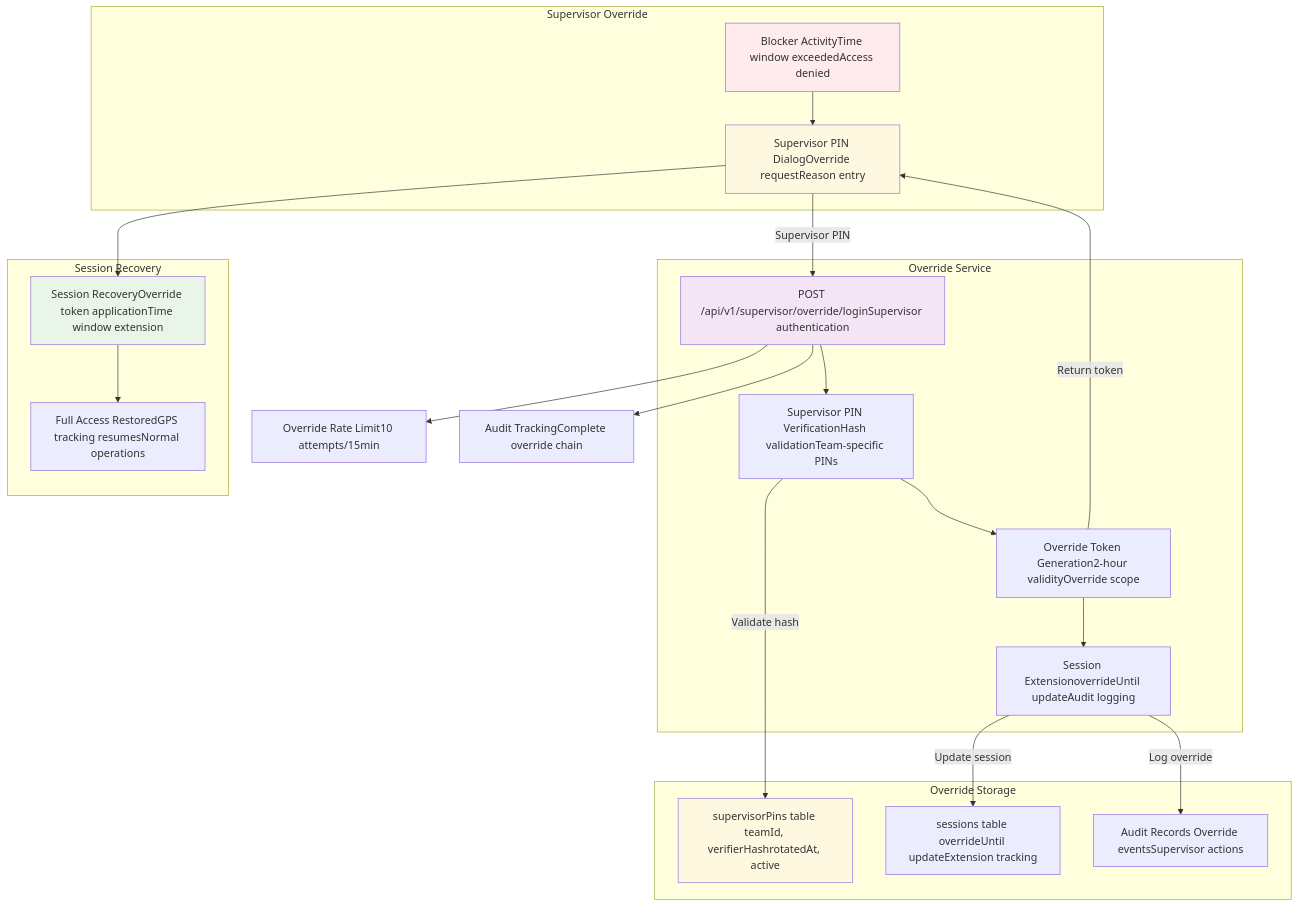
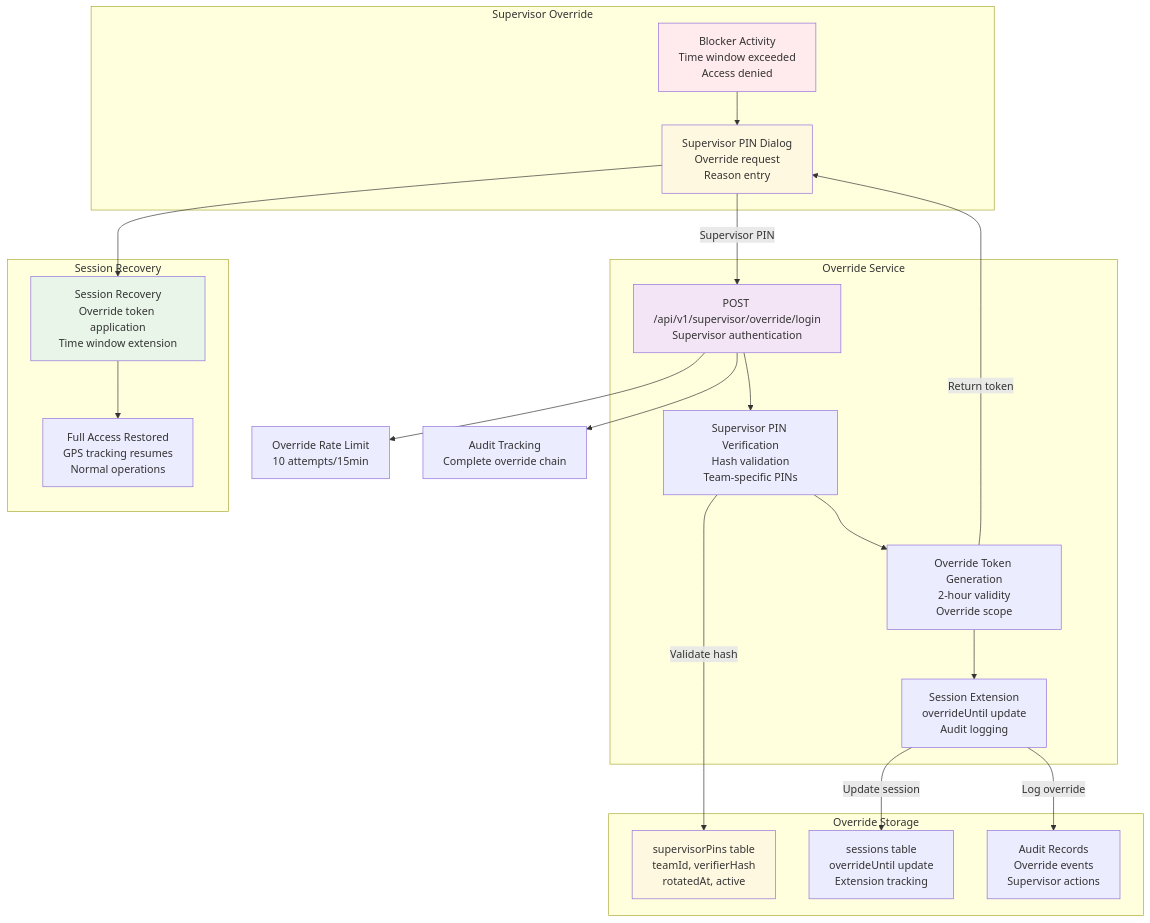
Before and after one commit to drguptavivek/launcher: the sixth of 7 diagrams in README.md, drawn with Mermaid. The commit also changed other lines of this file, not shown here.

````diff
--- a/README.md
+++ b/README.md
@@ -378,50 +442,50 @@
 ```mermaid
 flowchart TD
-    subgraph "Override Request" [Supervisor Override]
-        BlockScreen[Blocker ActivityTime window exceededAccess denied]
-        OverrideDialog[Supervisor PIN DialogOverride requestReason entry]
+    subgraph "Override Request" ["Supervisor Override"]
+        BlockScreen["Blocker Activity<br/>Time window exceeded<br/>Access denied"]
+        OverrideDialog["Supervisor PIN Dialog<br/>Override request<br/>Reason entry"]
     end
 
-    subgraph "Backend API" [Override Service]
-        OverrideAPI[POST /api/v1/supervisor/override/loginSupervisor authentication]
-        PINVerify[Supervisor PIN VerificationHash validationTeam-specific PINs]
-        OverrideToken[Override Token Generation2-hour validityOverride scope]
-        SessionExtend[Session ExtensionoverrideUntil updateAudit logging]
+    subgraph "Backend API" ["Override Service"]
+        OverrideAPI["POST /api/v1/supervisor/override/login<br/>Supervisor authentication"]
+        PINVerify["Supervisor PIN Verification<br/>Hash validation<br/>Team-specific PINs"]
+        OverrideToken["Override Token Generation<br/>2-hour validity<br/>Override scope"]
+        SessionExtend["Session Extension<br/>overrideUntil update<br/>Audit logging"]
     end
 
-    subgraph "Database" [Override Storage]
-        SupPIN[supervisorPins table teamId, verifierHashrotatedAt, active]
-        SessionTable[sessions table overrideUntil updateExtension tracking]
-        AuditLog[Audit Records Override eventsSupervisor actions]
+    subgraph "Database" ["Override Storage"]
+        SupPIN["supervisorPins table<br/>teamId, verifierHash<br/>rotatedAt, active"]
+        SessionTable["sessions table<br/>overrideUntil update<br/>Extension tracking"]
+        AuditLog["Audit Records<br/>Override events<br/>Supervisor actions"]
     end
 
-    subgraph "Device Recovery" [Session Recovery]
-        SessionRecovery[Session RecoveryOverride token applicationTime window extension]
-        FullAccess[Full Access RestoredGPS tracking resumesNormal operations]
+    subgraph "Device Recovery" ["Session Recovery"]
+        SessionRecovery["Session Recovery<br/>Override token application<br/>Time window extension"]
+        FullAccess["Full Access Restored<br/>GPS tracking resumes<br/>Normal operations"]
     end
 
     %% Override Flow
     BlockScreen --> OverrideDialog
-    OverrideDialog --> |Supervisor PIN| OverrideAPI
+    OverrideDialog --> |"Supervisor PIN"| OverrideAPI
     OverrideAPI --> PINVerify
-    PINVerify --> |Validate hash| SupPIN
+    PINVerify --> |"Validate hash"| SupPIN
     PINVerify --> OverrideToken
     OverrideToken --> SessionExtend
-    SessionExtend --> |Update session| SessionTable
-    SessionExtend --> |Log override| AuditLog
+    SessionExtend --> |"Update session"| SessionTable
+    SessionExtend --> |"Log override"| AuditLog
 
     %% Recovery Flow
-    OverrideToken --> |Return token| OverrideDialog
+    OverrideToken --> |"Return token"| OverrideDialog
     OverrideDialog --> SessionRecovery
     SessionRecovery --> FullAccess
 
     %% Security Features
-    OverrideAPI --> RateLimit[Override Rate Limit10 attempts/15min]
-    OverrideAPI --> AuditTracking[Audit TrackingComplete override chain]
+    OverrideAPI --> RateLimit["Override Rate Limit<br/>10 attempts/15min"]
+    OverrideAPI --> AuditTracking["Audit Tracking<br/>Complete override chain"]
 
     style BlockScreen fill:#ffebee
     style OverrideDialog fill:#fff8e1
     style OverrideAPI fill:#f3e5f5
     style SupPIN fill:#fff8e1
     style SessionRecovery fill:#e8f5e8
 ```
````
